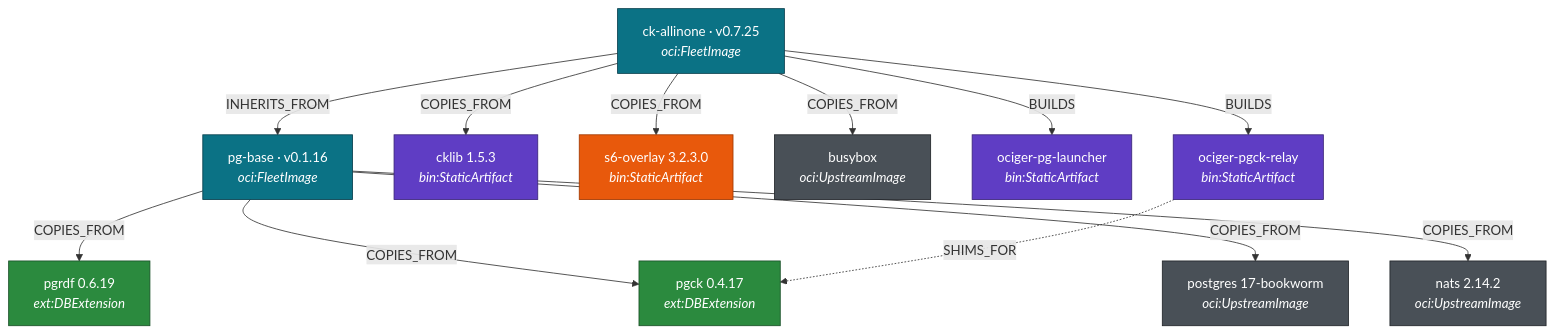
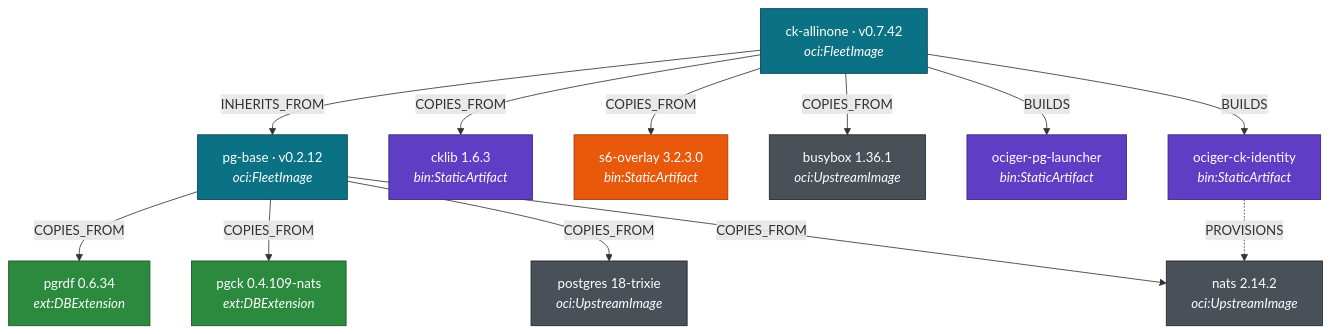
The diagram in README.md (sporaxis-com/oci-germination), drawn with Mermaid before and after one commit. The commit also changed other lines of this file and 7 other files, not shown here.

````diff
--- a/README.md
+++ b/README.md
@@ -97,32 +102,32 @@
 ```mermaid
 graph TD
-  ck["ck-allinone · v0.7.25<br/><i>oci:FleetImage</i>"]:::fleet
-  base["pg-base · v0.1.16<br/><i>oci:FleetImage</i>"]:::fleet
-  pgrdf["pgrdf 0.6.19<br/><i>ext:DBExtension</i>"]:::ext
-  pgck["pgck 0.4.17<br/><i>ext:DBExtension</i>"]:::ext
-  cklib["cklib 1.5.3<br/><i>bin:StaticArtifact</i>"]:::art
+  ck["ck-allinone · v0.7.42<br/><i>oci:FleetImage</i>"]:::fleet
+  base["pg-base · v0.2.12<br/><i>oci:FleetImage</i>"]:::fleet
+  pgrdf["pgrdf 0.6.34<br/><i>ext:DBExtension</i>"]:::ext
+  pgck["pgck 0.4.109-nats<br/><i>ext:DBExtension</i>"]:::ext
+  cklib["cklib 1.6.3<br/><i>bin:StaticArtifact</i>"]:::art
   s6["s6-overlay 3.2.3.0<br/><i>bin:StaticArtifact</i>"]:::warn
-  bb["busybox<br/><i>oci:UpstreamImage</i>"]:::up
-  pg["postgres 17-bookworm<br/><i>oci:UpstreamImage</i>"]:::up
+  bb["busybox 1.36.1<br/><i>oci:UpstreamImage</i>"]:::up
+  pg["postgres 18-trixie<br/><i>oci:UpstreamImage</i>"]:::up
   nats["nats 2.14.2<br/><i>oci:UpstreamImage</i>"]:::up
   launcher["ociger-pg-launcher<br/><i>bin:StaticArtifact</i>"]:::art
-  relay["ociger-pgck-relay<br/><i>bin:StaticArtifact</i>"]:::art
+  ident["ociger-ck-identity<br/><i>bin:StaticArtifact</i>"]:::art
 
   base -->|COPIES_FROM| pgrdf
   base -->|COPIES_FROM| pgck
   base -->|COPIES_FROM| pg
   base -->|COPIES_FROM| nats
   ck -->|INHERITS_FROM| base
   ck -->|COPIES_FROM| cklib
   ck -->|COPIES_FROM| bb
   ck -->|COPIES_FROM| s6
   ck -->|BUILDS| launcher
-  ck -->|BUILDS| relay
-  relay -.->|SHIMS_FOR| pgck
+  ck -->|BUILDS| ident
+  ident -.->|PROVISIONS| nats
 
   classDef fleet fill:#0b7285,stroke:#083f4d,color:#fff;
   classDef ext fill:#2b8a3e,stroke:#1a5028,color:#fff;
   classDef art fill:#5f3dc4,stroke:#3a2578,color:#fff;
   classDef up fill:#495057,stroke:#212529,color:#fff;
   classDef warn fill:#e8590c,stroke:#a03800,color:#fff;
 ```
````
